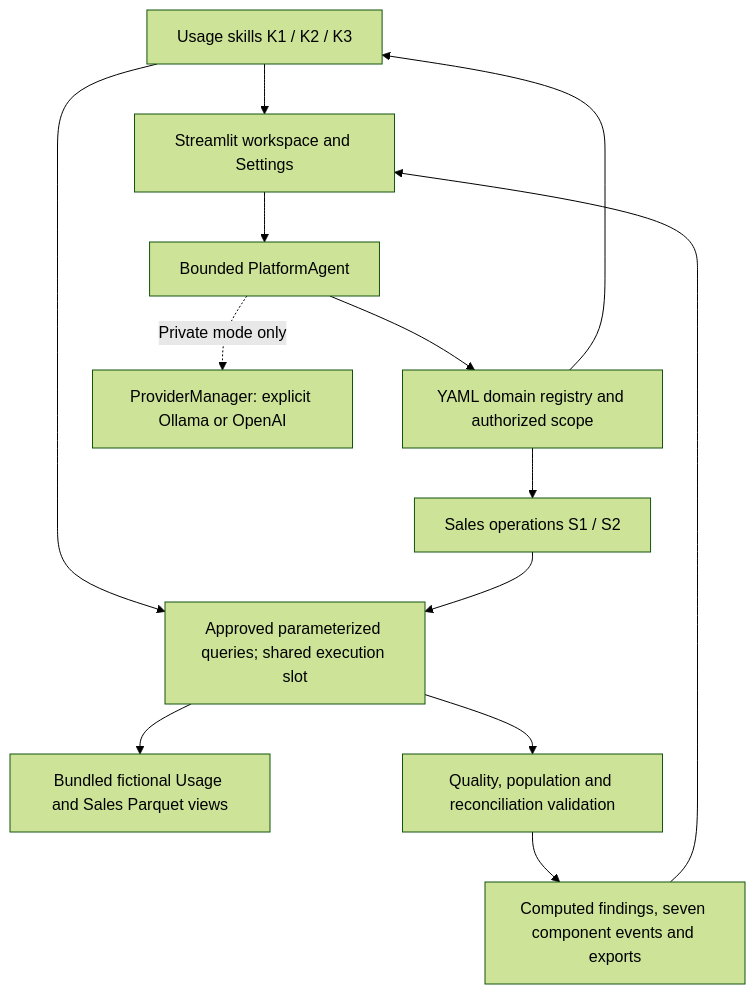
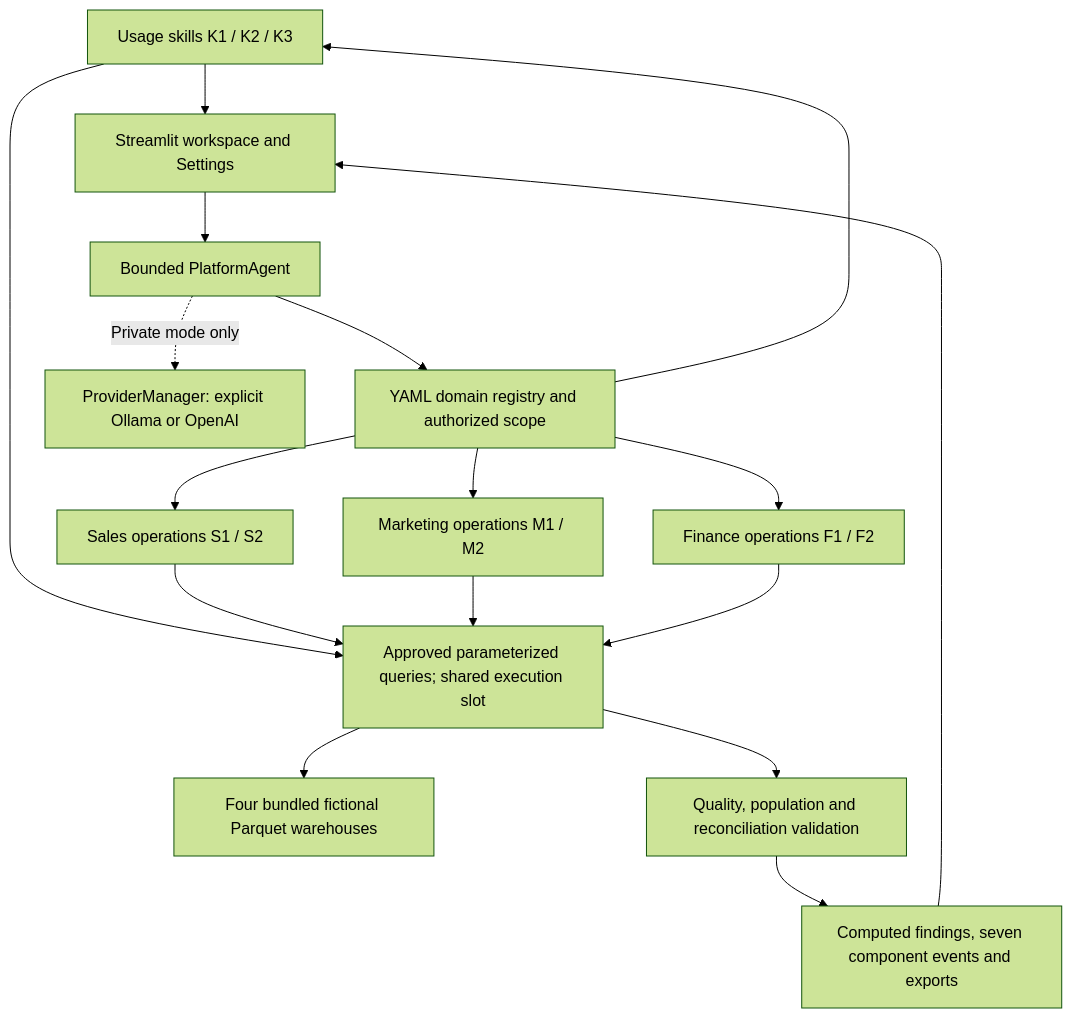
The diagram in ARCHITECTURE.md (jllabstech-hub/AnalyticsAgent), drawn with Mermaid (forest theme) before and after one commit. The commit also changed other lines of this file and 50 other files, not shown here.

First line of the commit message:
feat: add marketing and finance domains

````diff
--- a/ARCHITECTURE.md
+++ b/ARCHITECTURE.md
@@ -8,15 +8,19 @@
 ```mermaid
 flowchart TD
     U[Business user] --> UI[Streamlit workspace and Settings]
     UI --> A[Bounded PlatformAgent]
     A --> R[YAML domain registry and authorized scope]
     A -. Private mode only .-> P[ProviderManager: explicit Ollama or OpenAI]
     R --> U[Usage skills K1 / K2 / K3]
     R --> S[Sales operations S1 / S2]
+    R --> M[Marketing operations M1 / M2]
+    R --> B[Finance operations F1 / F2]
     U --> E[Approved parameterized queries; shared execution slot]
     S --> E
-    E --> D[Bundled fictional Usage and Sales Parquet views]
+    M --> E
+    B --> E
+    E --> D[Four bundled fictional Parquet warehouses]
     E --> V[Quality, population and reconciliation validation]
     V --> F[Computed findings, seven component events and exports]
     F --> UI
 ```
````
